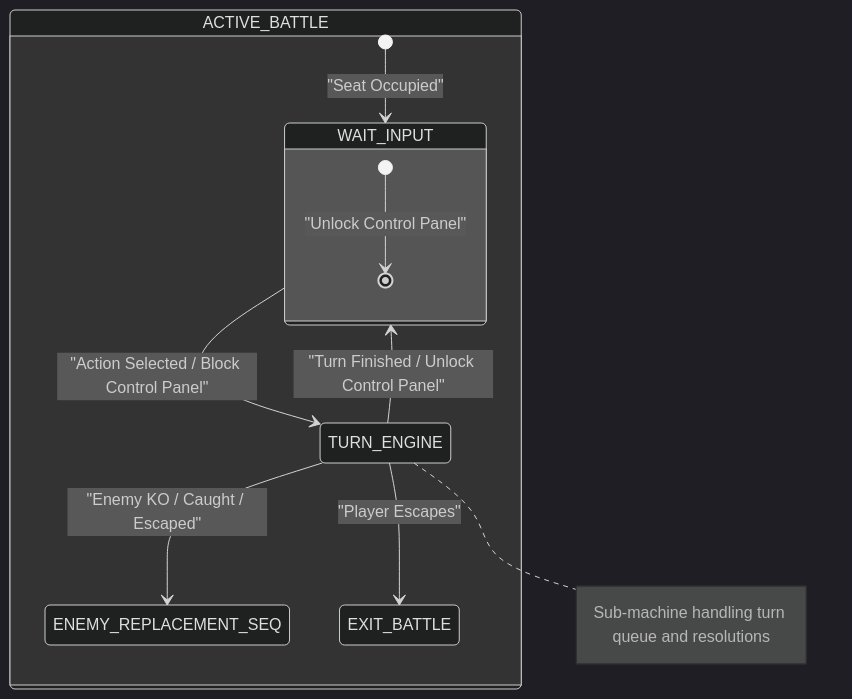
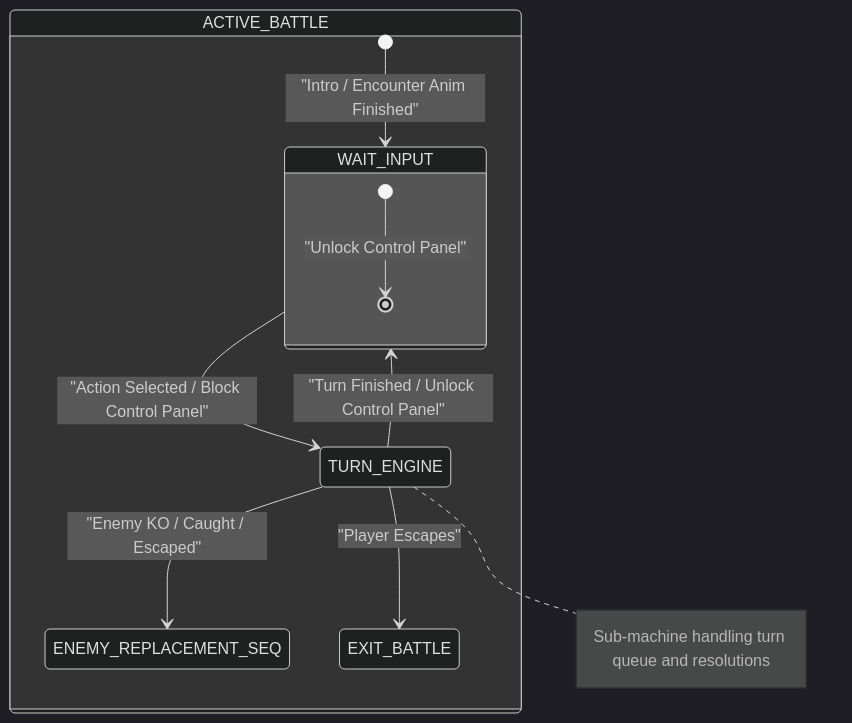
One commit to Darkham77/PokeBorrador changed the fourth of 18 diagrams in .agents/skills/project-standards/references/battle/battle_mechanics_manual.md. Above: the diagram before and after it, drawn with Mermaid (dark theme). The commit also changed other lines of this file and 20 other files, not shown here.

````diff
--- a/.agents/skills/project-standards/references/battle/battle_mechanics_manual.md
+++ b/.agents/skills/project-standards/references/battle/battle_mechanics_manual.md
@@ -450,17 +428,17 @@
 ```mermaid
 stateDiagram-v2
     state ACTIVE_BATTLE {
-        [*] --> WAIT_INPUT : "Seat Occupied"
+        [*] --> WAIT_INPUT : "Intro / Encounter Anim Finished"
         
         state WAIT_INPUT {
             [*] --> [*] : "Unlock Control Panel"
         }
         
         WAIT_INPUT --> TURN_ENGINE : "Action Selected / Block Control Panel"
         TURN_ENGINE --> WAIT_INPUT : "Turn Finished / Unlock Control Panel"
         
         TURN_ENGINE --> ENEMY_REPLACEMENT_SEQ : "Enemy KO / Caught / Escaped"
         TURN_ENGINE --> EXIT_BATTLE : "Player Escapes"
     }
     note right of TURN_ENGINE: Sub-machine handling turn queue and resolutions
 ```
````
